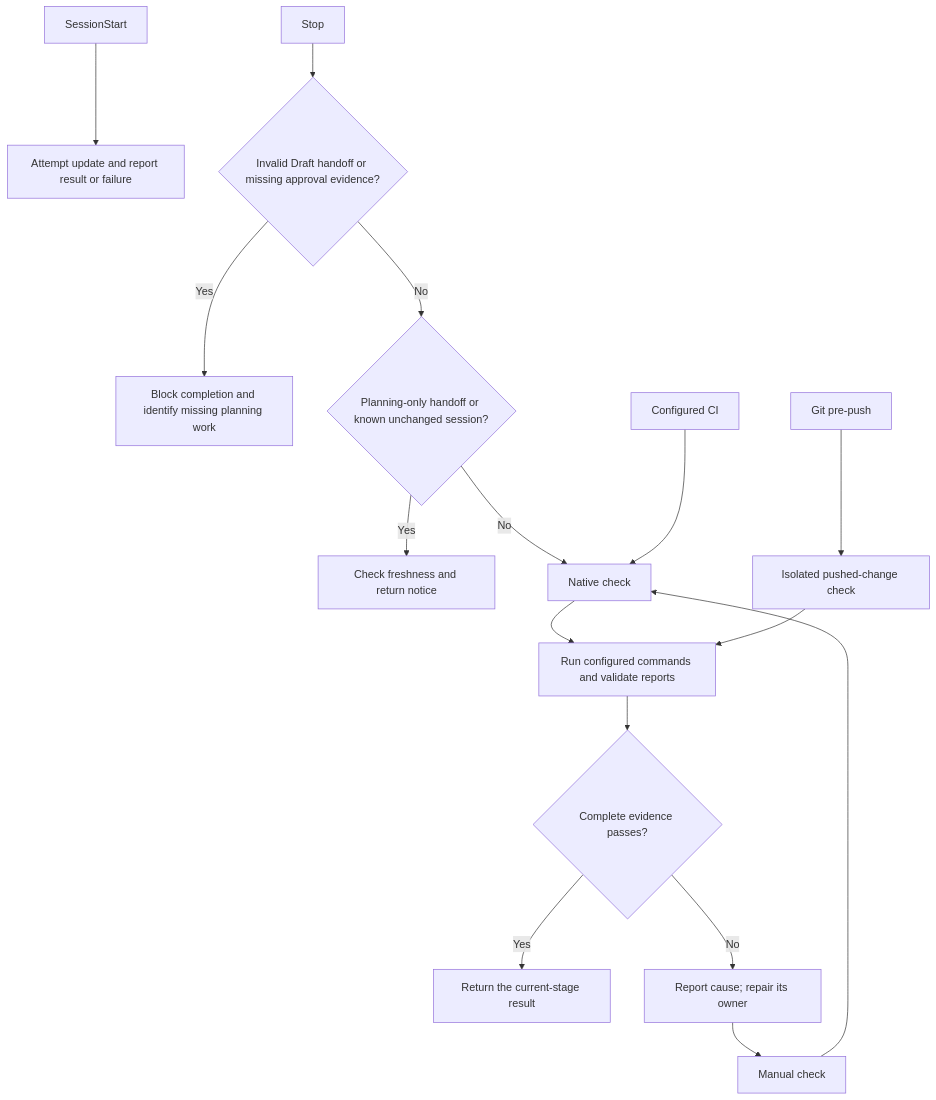
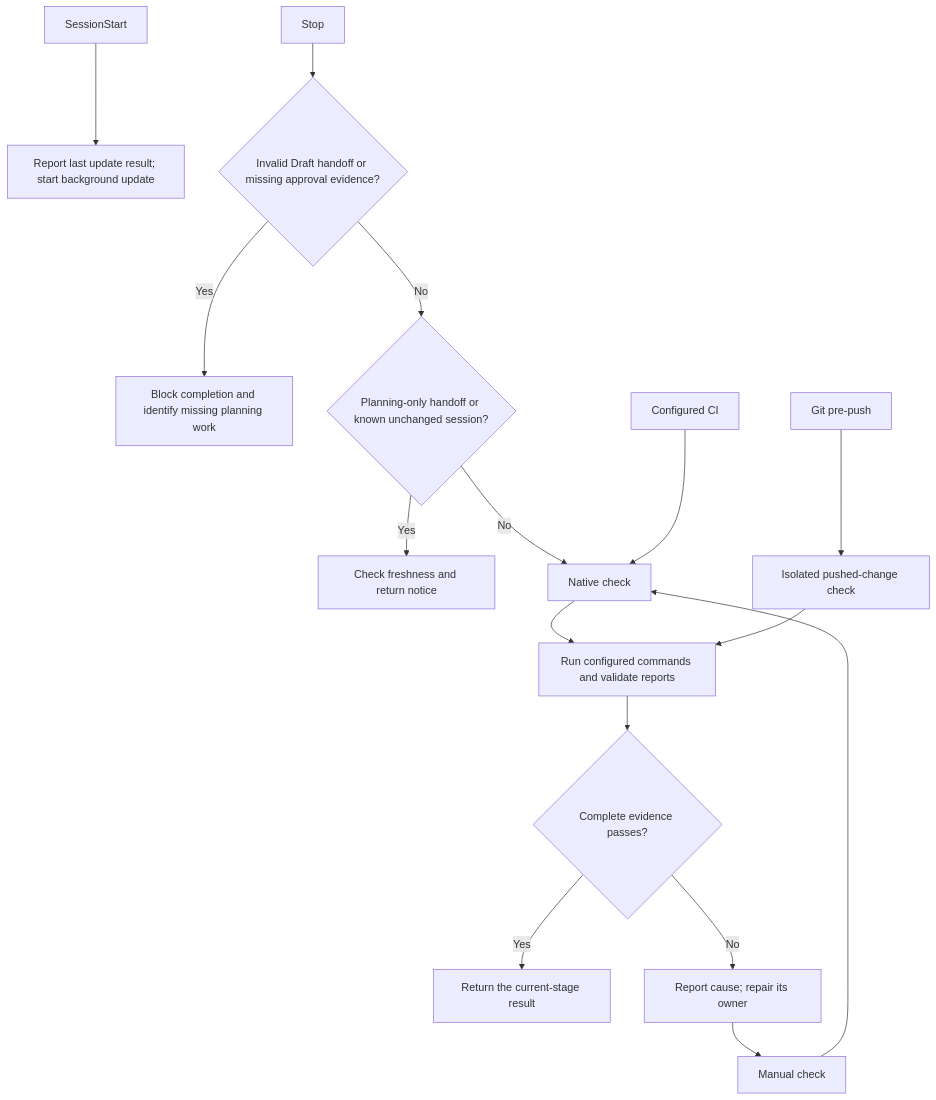
Before and after one commit to sgaabdu4/hard-eng: the seventh of 7 diagrams in README.md, drawn with Mermaid. The commit also changed other lines of this file and 17 other files, not shown here.

````diff
--- a/README.md
+++ b/README.md
@@ -225,18 +225,18 @@
 ```mermaid
 flowchart TD
-  A[SessionStart] --> B[Attempt update and report result or failure]
+  A[SessionStart] --> B[Report last update result; start background update]
   C[Stop] --> D{Invalid Draft handoff or missing approval evidence?}
   D -->|Yes| F[Block completion and identify missing planning work]
   D -->|No| P{Planning-only handoff or known unchanged session?}
   P -->|Yes| E[Check freshness and return notice]
   P -->|No| G[Native check]
   H[Manual check] --> G
   I[Git pre-push] --> J[Isolated pushed-change check]
   K[Configured CI] --> G
   G --> L[Run configured commands and validate reports]
   J --> L
   L --> M{Complete evidence passes?}
   M -->|Yes| N[Return the current-stage result]
   M -->|No| O[Report cause; repair its owner]
   O --> H
 ```
````
